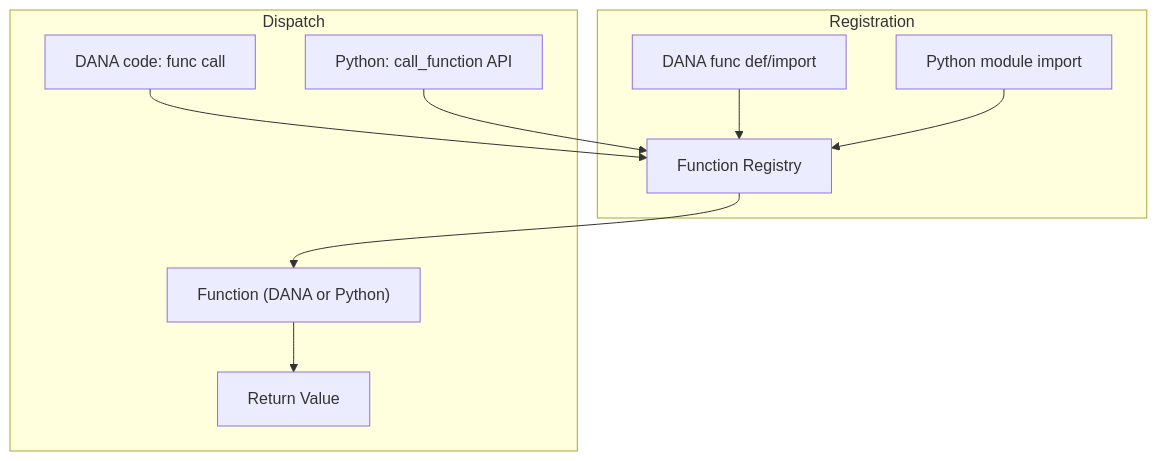
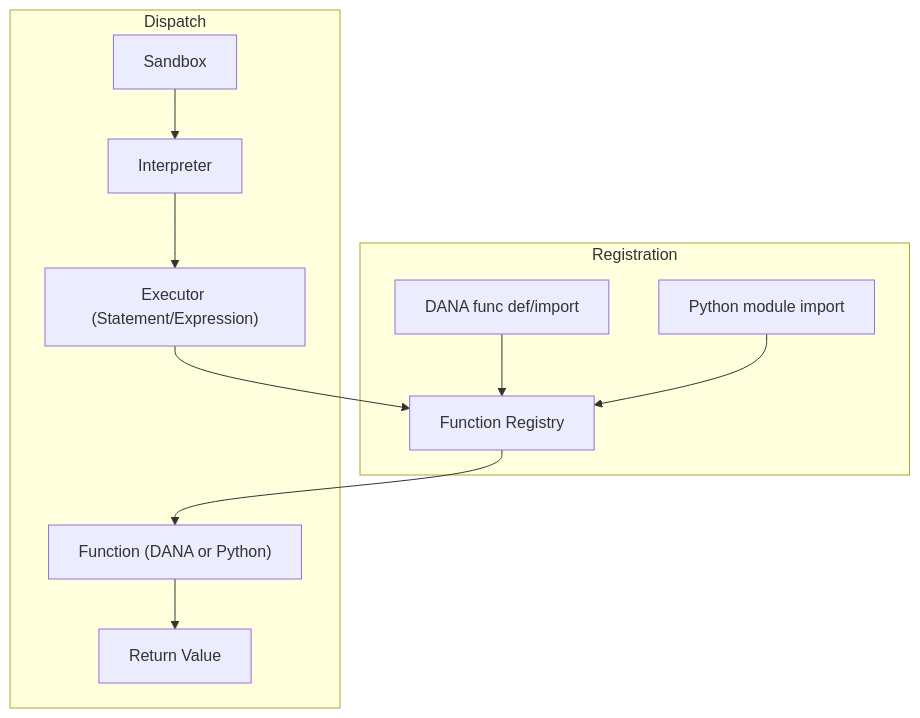
One commit to aitomatic/dana changed the diagram in docs/ai-readme/functions.md. Above: the diagram before and after it, drawn with Mermaid. The commit also changed other lines of this file and 4 other files, not shown here.

First line of the commit message:
Enhance function registration and evaluation in DANA interpreter

````diff
--- a/docs/ai-readme/functions.md
+++ b/docs/ai-readme/functions.md
@@ -53,13 +53,14 @@
 ```mermaid
 graph TD
     subgraph Registration
         DANA_Def["DANA func def/import"] --> REG[Function Registry]
         Py_Import["Python module import"] --> REG
     end
     subgraph Dispatch
-        DANA_Call["DANA code: func call"] --> REG
-        Py_Call["Python: call_function API"] --> REG
+        SB["Sandbox"] --> INT["Interpreter"]
+        INT --> EXEC["Executor (Statement/Expression)"]
+        EXEC --> REG
         REG --> FN["Function (DANA or Python)"]
         FN --> OUT["Return Value"]
     end
 ```
````
